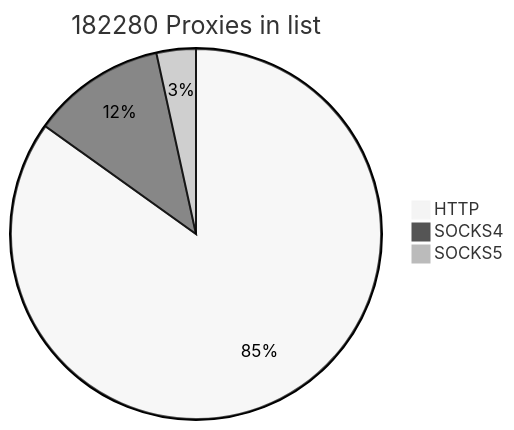
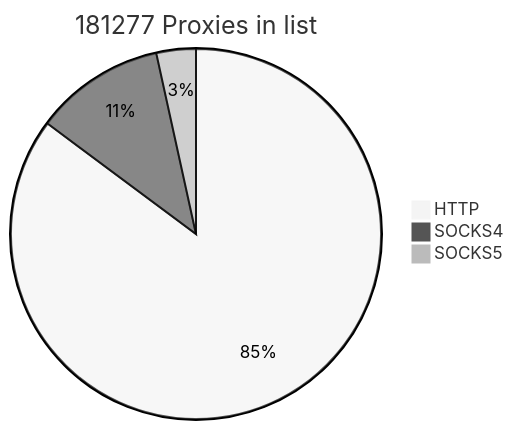
The first of 2 diagrams in README.md (cutipu/proxylist), drawn with Mermaid (neutral theme) before and after one commit. The commit also changed other lines of this file, not shown here.

````diff
--- a/README.md
+++ b/README.md
@@ -2,7 +2,7 @@
 ```mermaid
-pie title 182280 Proxies in list
-    "HTTP" : 154733
-    "SOCKS4" : 21287
-    "SOCKS5" : 6260
+pie title 181277 Proxies in list
+    "HTTP" : 154420
+    "SOCKS4" : 20612
+    "SOCKS5" : 6245
             
 ```
````
